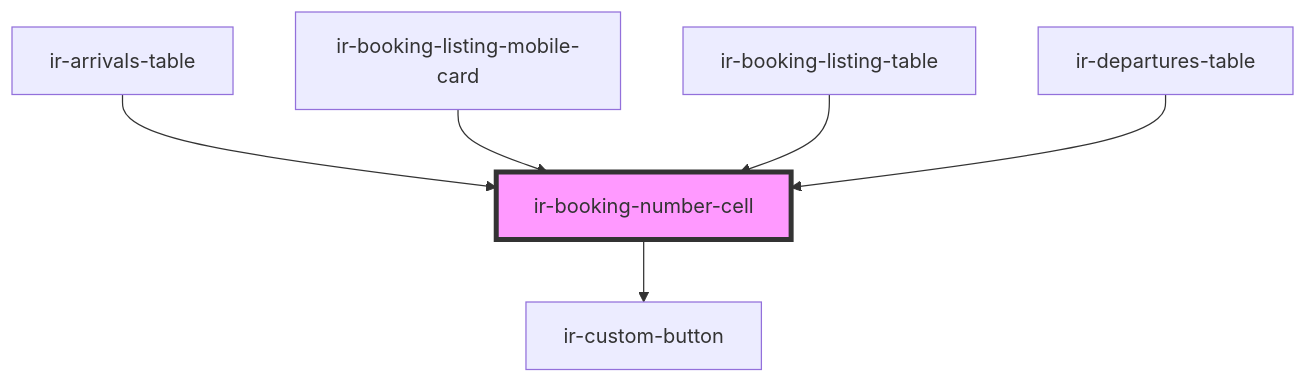
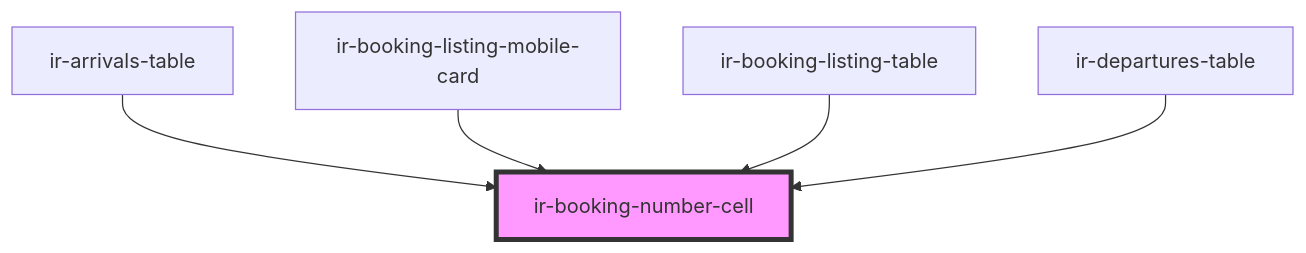
Before and after one commit to David1Chowaifaty/modified-ir-webcmp: the diagram in src/components/table-cells/booking/ir-booking-number-cell/readme.md, drawn with Mermaid. The commit also changed other lines of this file and 41 other files, not shown here.

````diff
--- a/src/components/table-cells/booking/ir-booking-number-cell/readme.md
+++ b/src/components/table-cells/booking/ir-booking-number-cell/readme.md
@@ -39,9 +35,8 @@
 ```mermaid
 graph TD;
-  ir-booking-number-cell --> ir-custom-button
   ir-arrivals-table --> ir-booking-number-cell
   ir-booking-listing-mobile-card --> ir-booking-number-cell
   ir-booking-listing-table --> ir-booking-number-cell
   ir-departures-table --> ir-booking-number-cell
   style ir-booking-number-cell fill:#f9f,stroke:#333,stroke-width:4px
 ```
````
